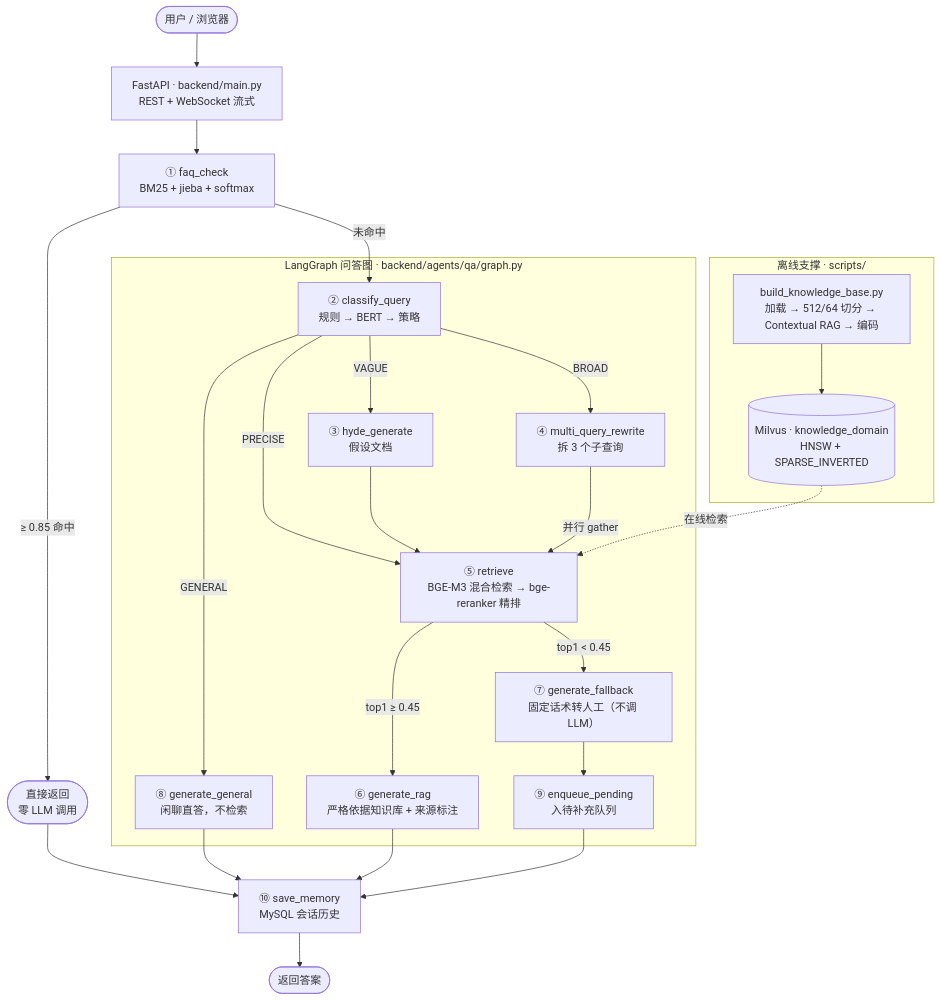
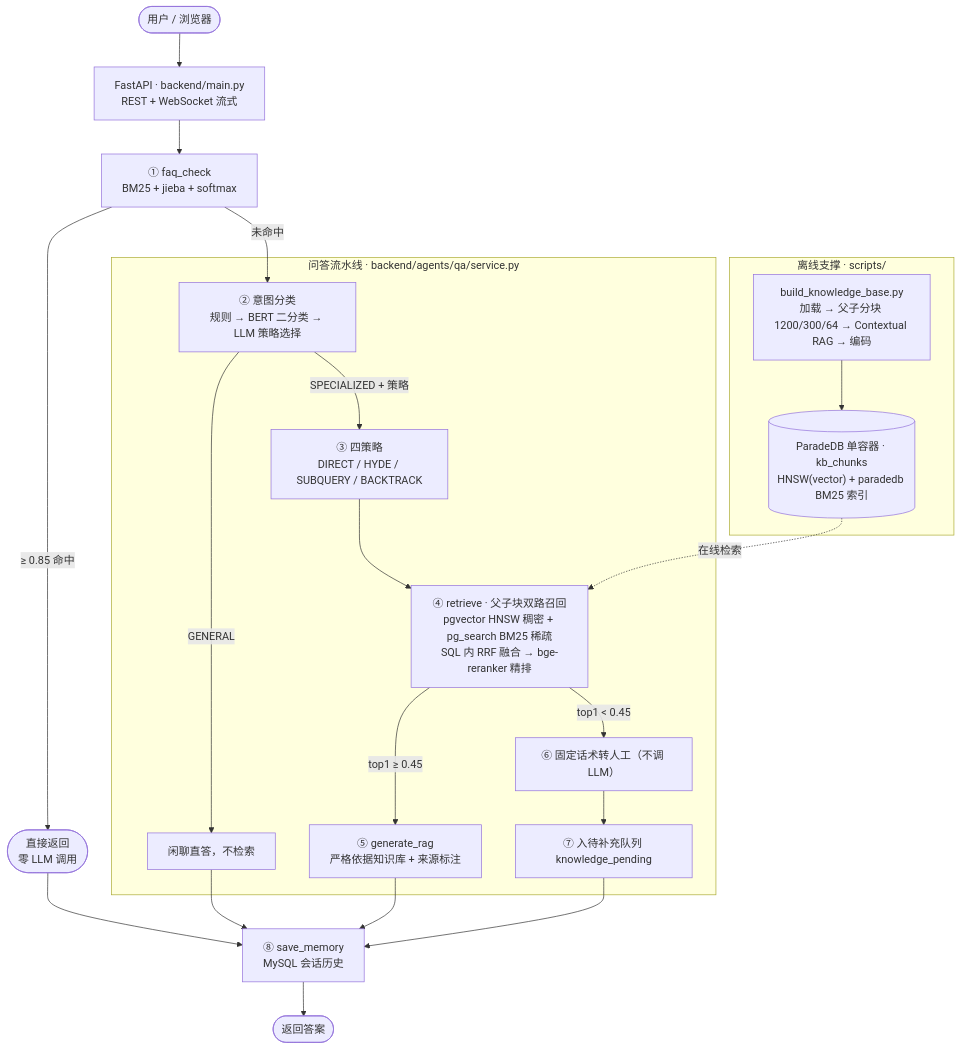
Before and after one commit to lcs147258/deli-qa-system: the diagram in README.md, drawn with Mermaid. The commit also changed other lines of this file and 20 other files, not shown here.

First line of the commit message:
第二版：Milvus 三件套替换为 ParadeDB 单容器（pgvector+pg_search+SQL 内 RRF）

````diff
--- a/README.md
+++ b/README.md
@@ -16,36 +19,33 @@
 ```mermaid
 flowchart TD
     U(["用户 / 浏览器"]) --> API["FastAPI · backend/main.py<br/>REST + WebSocket 流式"]
 
     API --> FAQ["① faq_check<br/>BM25 + jieba + softmax"]
     FAQ -->|"≥ 0.85 命中"| HIT(["直接返回<br/>零 LLM 调用"])
     FAQ -->|"未命中"| CLS
 
-    subgraph G["LangGraph 问答图 · backend/agents/qa/graph.py"]
-        CLS["② classify_query<br/>规则 → BERT → 策略"]
-        CLS -->|GENERAL| GEN["⑧ generate_general<br/>闲聊直答，不检索"]
-        CLS -->|VAGUE| HYDE["③ hyde_generate<br/>假设文档"]
-        CLS -->|BROAD| MQ["④ multi_query_rewrite<br/>拆 3 个子查询"]
-        CLS -->|PRECISE| RET
-        HYDE --> RET
-        MQ -->|"并行 gather"| RET
+    subgraph G["问答流水线 · backend/agents/qa/service.py"]
+        CLS["② 意图分类<br/>规则 → BERT 二分类 → LLM 策略选择"]
+        CLS -->|GENERAL| GEN["闲聊直答，不检索"]
+        CLS -->|SPECIALIZED + 策略| STR["③ 四策略<br/>DIRECT / HYDE / SUBQUERY / BACKTRACK"]
+        STR --> RET
 
-        RET["⑤ retrieve<br/>BGE-M3 混合检索 → bge-reranker 精排"]
-        RET -->|"top1 ≥ 0.45"| RAG["⑥ generate_rag<br/>严格依据知识库 + 来源标注"]
-        RET -->|"top1 < 0.45"| FB["⑦ generate_fallback<br/>固定话术转人工（不调 LLM）"]
-        FB --> PEND["⑨ enqueue_pending<br/>入待补充队列"]
+        RET["④ retrieve · 父子块双路召回<br/>pgvector HNSW 稠密 + pg_search BM25 稀疏<br/>SQL 内 RRF 融合 → bge-reranker 精排"]
+        RET -->|"top1 ≥ 0.45"| RAG["⑤ generate_rag<br/>严格依据知识库 + 来源标注"]
+        RET -->|"top1 < 0.45"| FB["⑥ 固定话术转人工（不调 LLM）"]
+        FB --> PEND["⑦ 入待补充队列 knowledge_pending"]
     end
 
-    HIT --> MEM["⑩ save_memory<br/>MySQL 会话历史"]
+    HIT --> MEM["⑧ save_memory<br/>MySQL 会话历史"]
     GEN --> MEM
     RAG --> MEM
     PEND --> MEM
     MEM --> OUT(["返回答案"])
 
     subgraph OFF["离线支撑 · scripts/"]
-        ING["build_knowledge_base.py<br/>加载 → 512/64 切分 → Contextual RAG → 编码"]
-        MSTORE[("Milvus · knowledge_domain<br/>HNSW + SPARSE_INVERTED")]
-        ING --> MSTORE
+        ING["build_knowledge_base.py<br/>加载 → 父子分块 1200/300/64 → Contextual RAG → 编码"]
+        PSTORE[("ParadeDB 单容器 · kb_chunks<br/>HNSW(vector) + paradedb BM25 索引")]
+        ING --> PSTORE
     end
-    MSTORE -.->|"在线检索"| RET
+    PSTORE -.->|"在线检索"| RET
 ```
````
